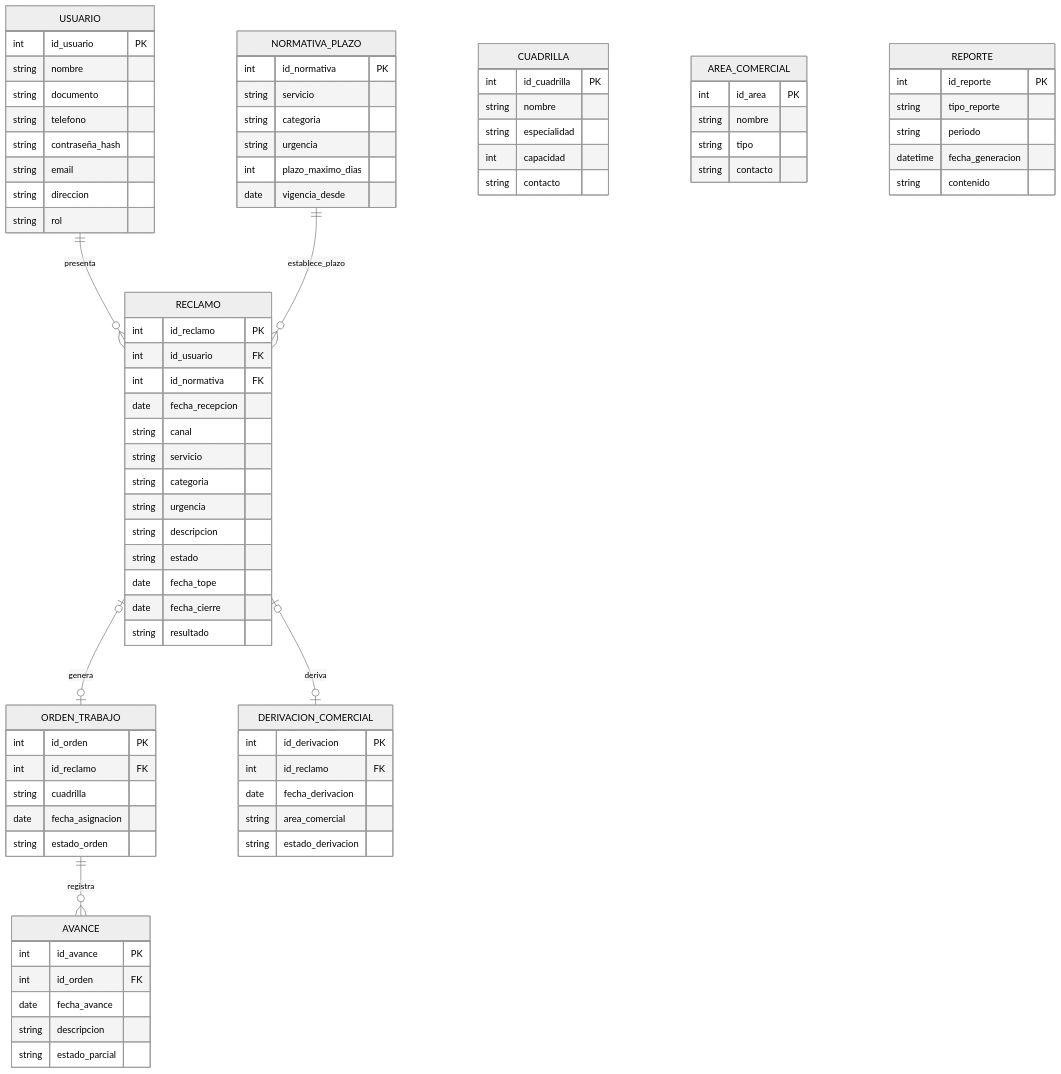
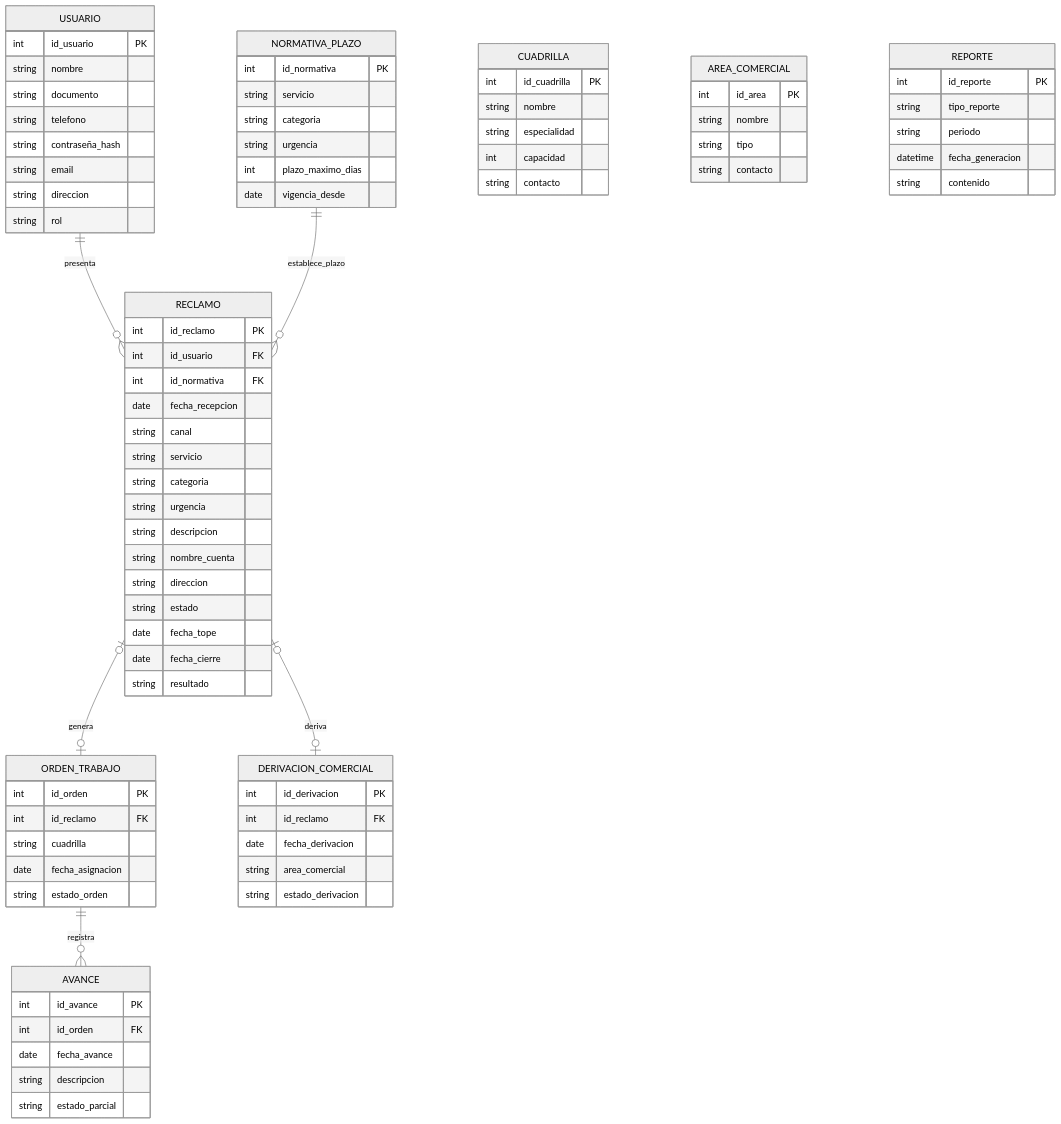
Before and after one commit to RafaelReyes0816/atencion-reclamos-serv-basic-backend: the fourth of 5 diagrams in docs/ARQUITECTURA.md, drawn with Mermaid (neutral theme). The commit also changed other lines of this file and 19 other files, not shown here.

```diff
--- a/docs/ARQUITECTURA.md
+++ b/docs/ARQUITECTURA.md
@@ -254,6 +280,8 @@
         string categoria
         string urgencia
         string descripcion
+        string nombre_cuenta
+        string direccion
         string estado
         date fecha_tope
         date fecha_cierre
```
